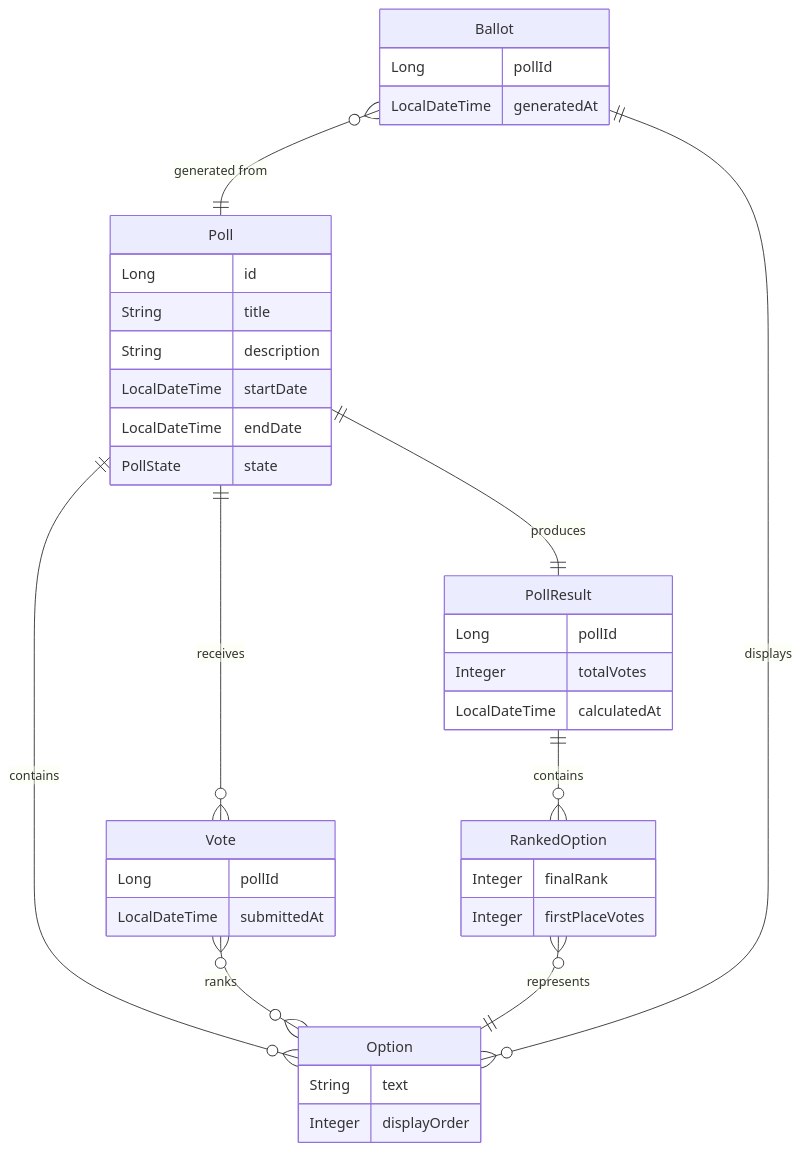
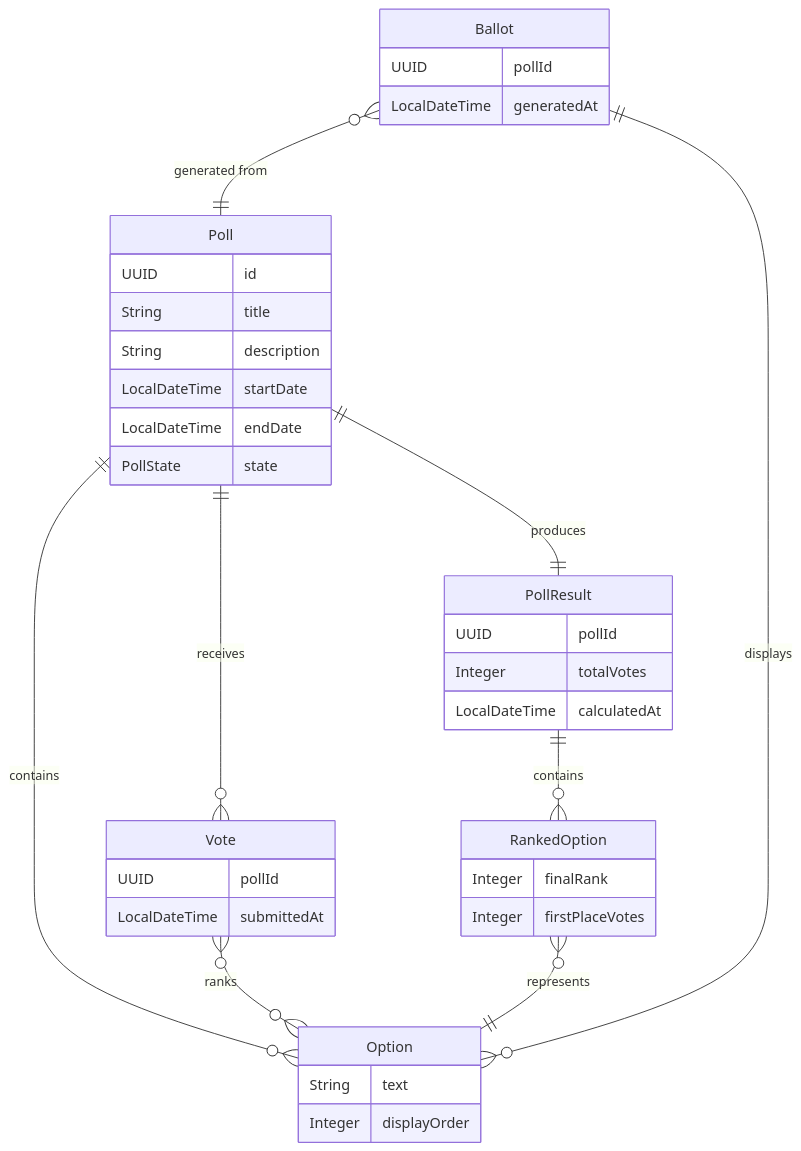
One commit to Tonypsilon/rankify-api changed the diagram in businessModel.md. Above: the diagram before and after it, drawn with Mermaid. The commit also changed other lines of this file, not shown here.

Commit message:
Update all ID references from Long to UUID throughout business model documentation

````diff
--- a/businessModel.md
+++ b/businessModel.md
@@ -137,46 +137,46 @@
 ```mermaid
 erDiagram
     Poll {
-        Long id
+        UUID id
         String title
         String description
         LocalDateTime startDate
         LocalDateTime endDate
         PollState state
     }
     
     Option {
         String text
         Integer displayOrder
     }
     
     Ballot {
-        Long pollId
+        UUID pollId
         LocalDateTime generatedAt
     }
     
     Vote {
-        Long pollId
+        UUID pollId
         LocalDateTime submittedAt
     }
     
     PollResult {
-        Long pollId
+        UUID pollId
         Integer totalVotes
         LocalDateTime calculatedAt
     }
     
     RankedOption {
         Integer finalRank
         Integer firstPlaceVotes
     }
     
     Poll ||--o{ Option : "contains"
     Poll ||--o{ Vote : "receives"
     Poll ||--|| PollResult : "produces"
     Ballot }o--|| Poll : "generated from"
     Ballot ||--o{ Option : "displays"
     Vote }o--o{ Option : "ranks"
     PollResult ||--o{ RankedOption : "contains"
     RankedOption }o--|| Option : "represents"
 ```
````
